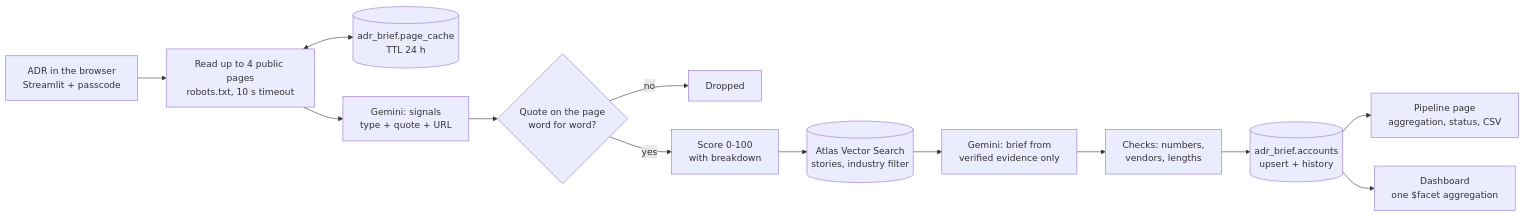
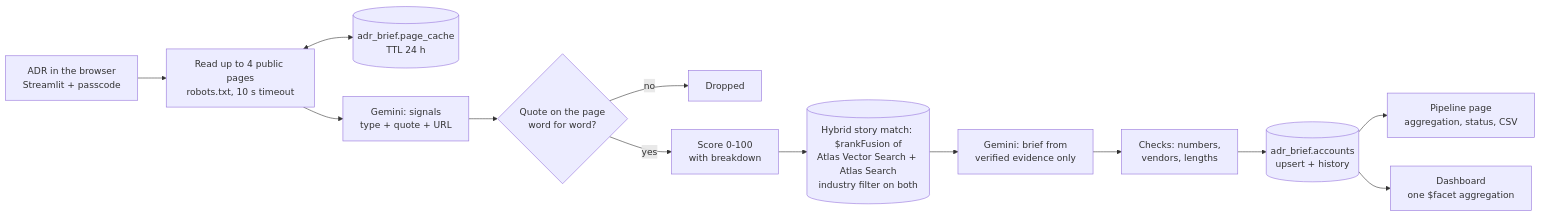
The diagram in README.md (jimt88/account-brief-builder), drawn with Mermaid before and after one commit. The commit also changed other lines of this file and 9 other files, not shown here.

Commit message:
Phase 4: hybrid story matching with $rankFusion + Atlas Search

````diff
--- a/README.md
+++ b/README.md
@@ -17,15 +18,15 @@
 ```mermaid
 flowchart LR
     U[ADR in the browser<br/>Streamlit + passcode] --> R[Read up to 4 public pages<br/>robots.txt, 10 s timeout]
     R <--> PC[(adr_brief.page_cache<br/>TTL 24 h)]
     R --> G1[Gemini: signals<br/>type + quote + URL]
     G1 --> V{Quote on the page<br/>word for word?}
     V -- no --> X[Dropped]
     V -- yes --> S[Score 0-100<br/>with breakdown]
-    S --> VS[(Atlas Vector Search<br/>stories, industry filter)]
+    S --> VS[(Hybrid story match: $rankFusion of<br/>Atlas Vector Search + Atlas Search<br/>industry filter on both)]
     VS --> G2[Gemini: brief from<br/>verified evidence only]
     G2 --> C[Checks: numbers,<br/>vendors, lengths]
     C --> A[(adr_brief.accounts<br/>upsert + history)]
     A --> P[Pipeline page<br/>aggregation, status, CSV]
     A --> D[Dashboard<br/>one $facet aggregation]
 ```
````
